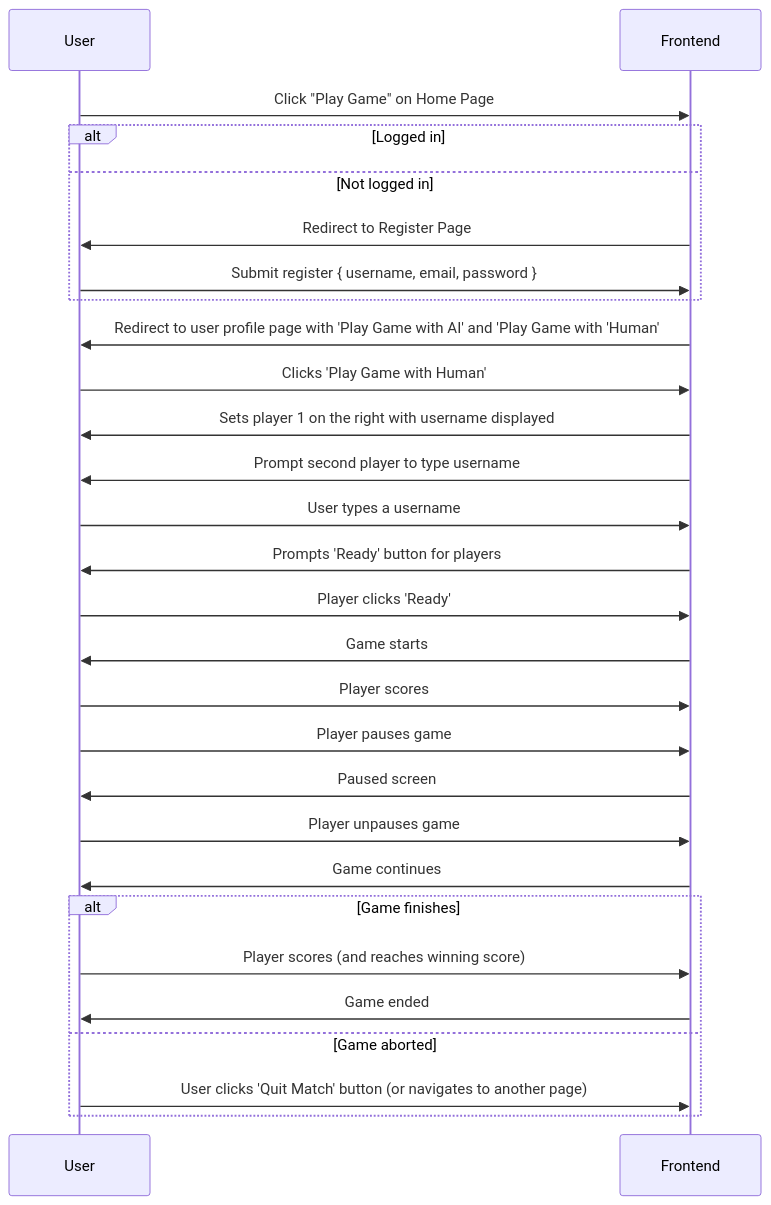
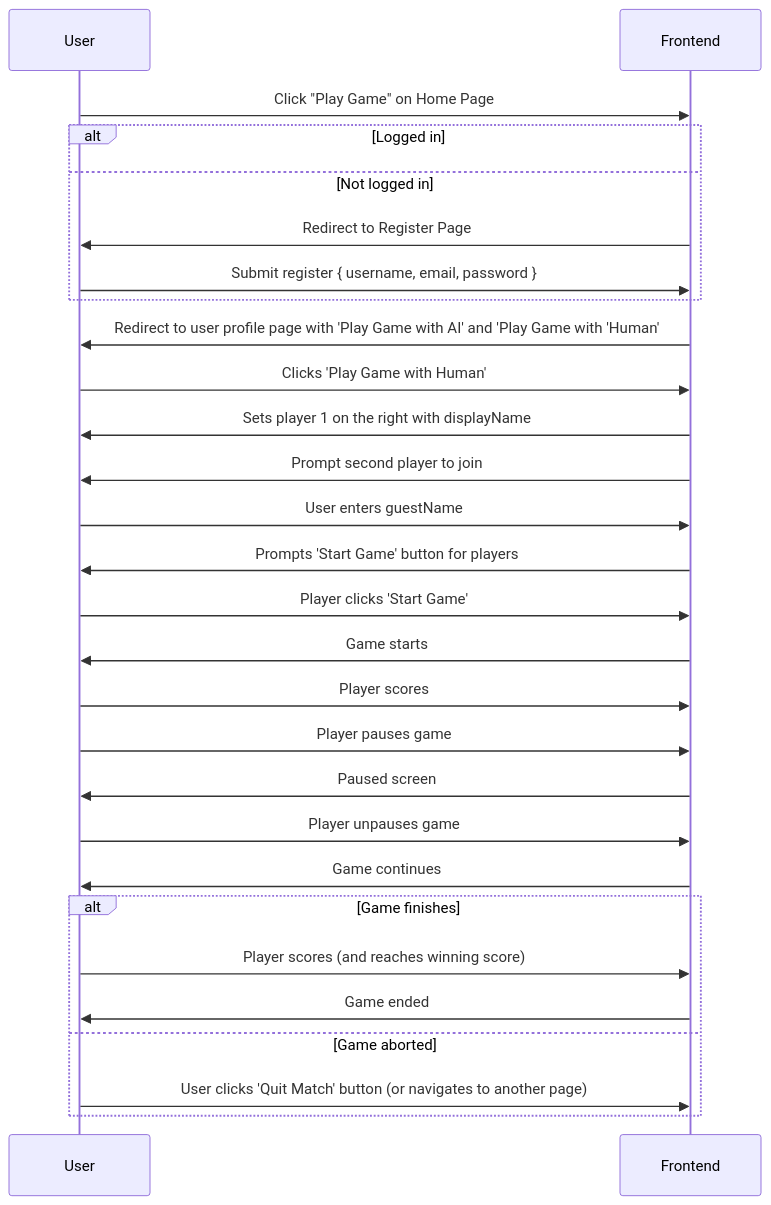
The diagram in documentation/gameflow (FE).mmd (marsha-t/ft_transcendence), drawn with Mermaid before and after one commit. The commit also changed 8 other files, not shown here.

```diff
--- a/documentation/gameflow (FE).mmd
+++ b/documentation/gameflow (FE).mmd
@@ -1,37 +1,39 @@
 sequenceDiagram
     participant U as User
     participant FE as Frontend
 
     U->>FE: Click "Play Game" on Home Page
 
     alt Logged in
+        
     else Not logged in
         FE->>U: Redirect to Register Page
         U->>FE: Submit register { username, email, password }
+        
     end
     
     FE->>U: Redirect to user profile page with 'Play Game with AI' and 'Play Game with 'Human'
     U->>FE: Clicks 'Play Game with Human'
     
-    FE->>U: Sets player 1 on the right with username displayed    
-    FE->>U: Prompt second player to type username
-    U->>FE: User types a username
+    FE->>U: Sets player 1 on the right with displayName    
+    FE->>U: Prompt second player to join 
+    U->>FE: User enters guestName
     
-    FE->>U: Prompts 'Ready' button for players
-    U->>FE: Player clicks 'Ready'
+    FE->>U: Prompts 'Start Game' button for players
+    U->>FE: Player clicks 'Start Game'
     
     FE->>U: Game starts
     U->>FE: Player scores
     
     U->>FE: Player pauses game
     FE->>U: Paused screen
 
     U->>FE: Player unpauses game
     FE->>U: Game continues
 
     alt Game finishes
         U->>FE: Player scores (and reaches winning score)
         FE->>U: Game ended 
     else Game aborted
         U->>FE: User clicks 'Quit Match' button (or navigates to another page)
     end
```
